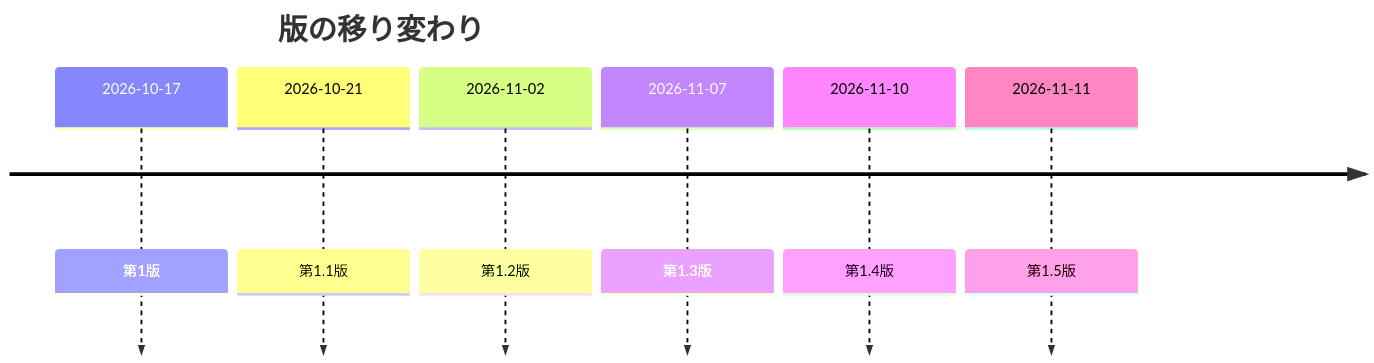
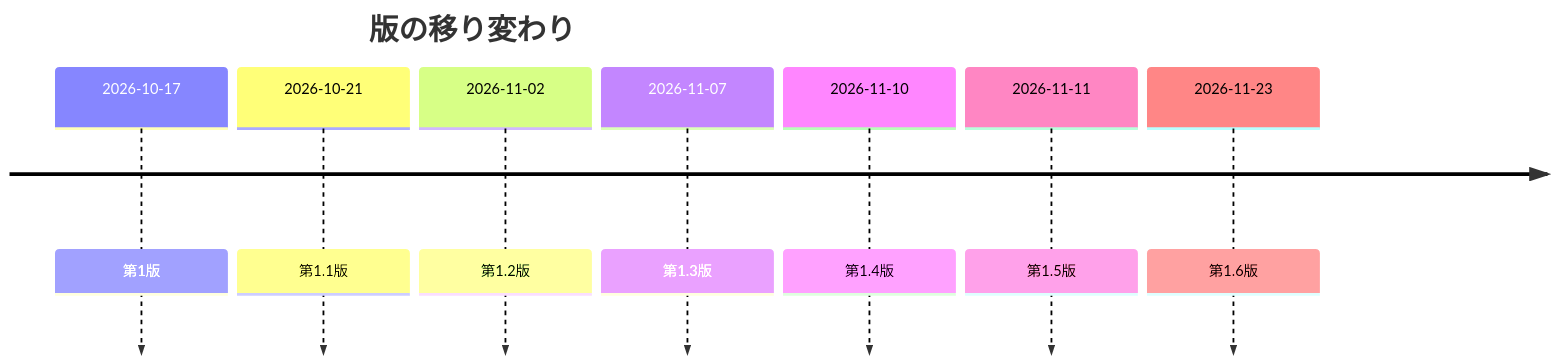
One commit to pocarialice/rpglearning changed diagram 12 of 12 in documents/要件定義書_RPG学習アプリ.md. Above: the diagram before and after it, drawn with Mermaid. The commit also changed other lines of this file and 34 other files, not shown here.

````diff
--- a/documents/要件定義書_RPG学習アプリ.md
+++ b/documents/要件定義書_RPG学習アプリ.md
@@ -512,10 +531,11 @@
 ```mermaid
 timeline
   title 版の移り変わり
   2026-10-17 : 第1版
   2026-10-21 : 第1.1版
   2026-11-02 : 第1.2版
   2026-11-07 : 第1.3版
   2026-11-10 : 第1.4版
   2026-11-11 : 第1.5版
+  2026-11-23 : 第1.6版
 ```
````
